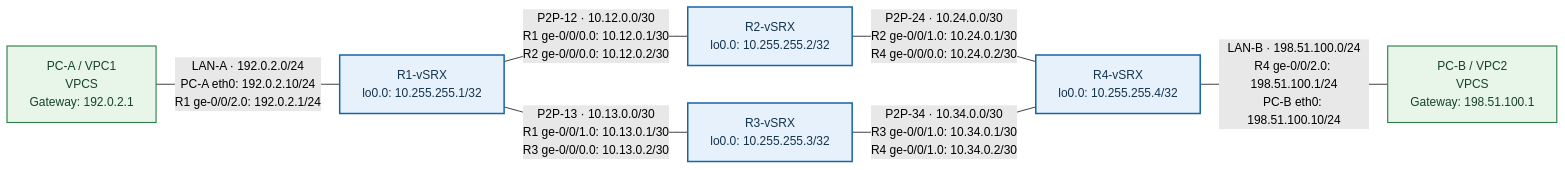
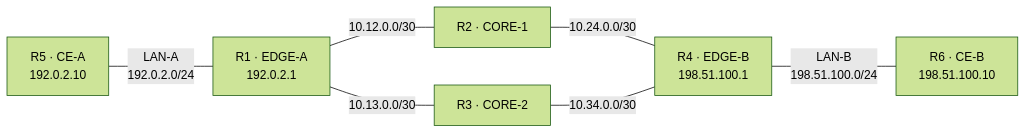
One commit to nelto79/jncip changed the first of 7 diagrams in docs/chapters/JUNOS_Rozdzial_02_Architektura_Junos_OS.md. Above: the diagram before and after it, drawn with Mermaid (forest theme). The commit also changed other lines of this file, not shown here.

Commit message:
docs(ch02): publish novice-first full chapter II with 2→3→6 vSRX labs and DIAMOND-6R

````diff
--- a/docs/chapters/JUNOS_Rozdzial_02_Architektura_Junos_OS.md
+++ b/docs/chapters/JUNOS_Rozdzial_02_Architektura_Junos_OS.md
@@ -57,21 +32,9 @@
-```mermaid
+~~~mermaid
 flowchart LR
-  PCA["PC-A / VPC1<br/>VPCS<br/>Gateway: 192.0.2.1"]
-  R1["R1-vSRX<br/>lo0.0: 10.255.255.1/32"]
-  R2["R2-vSRX<br/>lo0.0: 10.255.255.2/32"]
-  R3["R3-vSRX<br/>lo0.0: 10.255.255.3/32"]
-  R4["R4-vSRX<br/>lo0.0: 10.255.255.4/32"]
-  PCB["PC-B / VPC2<br/>VPCS<br/>Gateway: 198.51.100.1"]
-
-  PCA ---|"LAN-A · 192.0.2.0/24<br/>PC-A eth0: 192.0.2.10/24<br/>R1 ge-0/0/2.0: 192.0.2.1/24"| R1
-  R1 ---|"P2P-12 · 10.12.0.0/30<br/>R1 ge-0/0/0.0: 10.12.0.1/30<br/>R2 ge-0/0/0.0: 10.12.0.2/30"| R2
-  R1 ---|"P2P-13 · 10.13.0.0/30<br/>R1 ge-0/0/1.0: 10.13.0.1/30<br/>R3 ge-0/0/0.0: 10.13.0.2/30"| R3
-  R2 ---|"P2P-24 · 10.24.0.0/30<br/>R2 ge-0/0/1.0: 10.24.0.1/30<br/>R4 ge-0/0/0.0: 10.24.0.2/30"| R4
-  R3 ---|"P2P-34 · 10.34.0.0/30<br/>R3 ge-0/0/1.0: 10.34.0.1/30<br/>R4 ge-0/0/1.0: 10.34.0.2/30"| R4
-  R4 ---|"LAN-B · 198.51.100.0/24<br/>R4 ge-0/0/2.0: 198.51.100.1/24<br/>PC-B eth0: 198.51.100.10/24"| PCB
-
-  classDef vsrx fill:#e6f1fc,stroke:#1565a6,stroke-width:2px,color:#13344f;
-  classDef vpcs fill:#e8f5e9,stroke:#2f7d4a,stroke-width:1.5px,color:#17422a;
-  class R1,R2,R3,R4 vsrx;
-  class PCA,PCB vpcs;
-```
+  R5["R5 · CE-A<br/>192.0.2.10"] ---|"LAN-A<br/>192.0.2.0/24"| R1["R1 · EDGE-A<br/>192.0.2.1"]
+  R1 ---|"10.12.0.0/30"| R2["R2 · CORE-1"]
+  R1 ---|"10.13.0.0/30"| R3["R3 · CORE-2"]
+  R2 ---|"10.24.0.0/30"| R4["R4 · EDGE-B<br/>198.51.100.1"]
+  R3 ---|"10.34.0.0/30"| R4
+  R4 ---|"LAN-B<br/>198.51.100.0/24"| R6["R6 · CE-B<br/>198.51.100.10"]
+~~~
````
